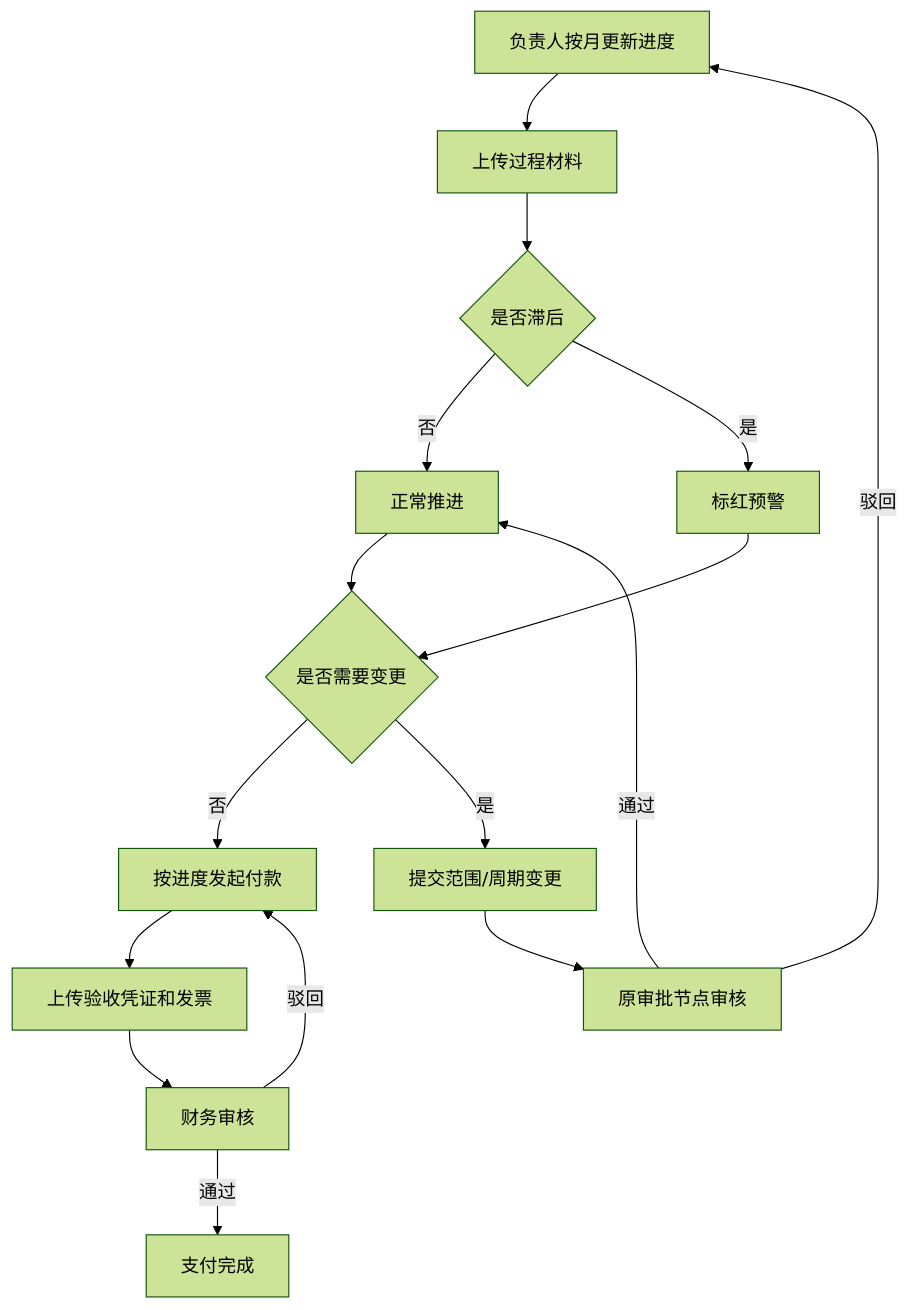
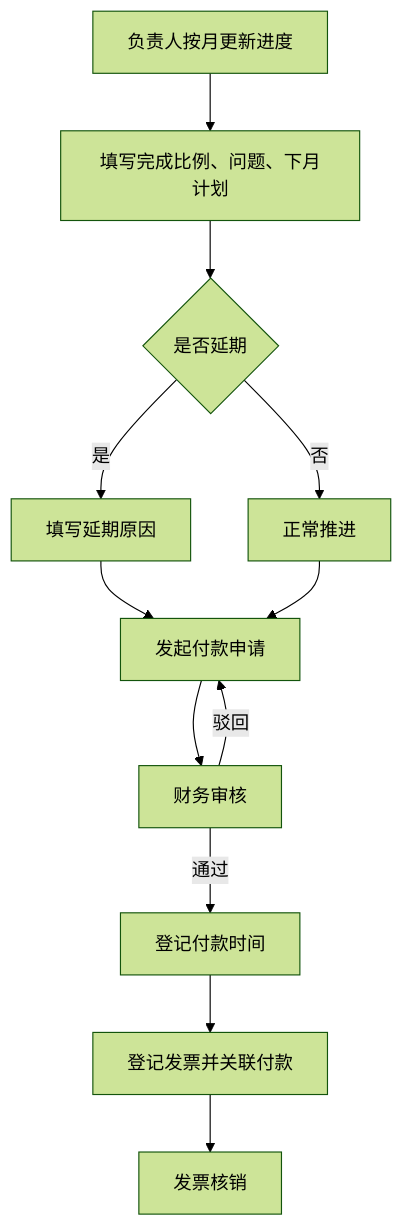
One commit to Jess-0411/github.io changed the fourth of 7 diagrams in 业务流程与架构图.md. Above: the diagram before and after it, drawn with Mermaid (forest theme). The commit also changed other lines of this file and 6 other files, not shown here.

````diff
--- a/业务流程与架构图.md
+++ b/业务流程与架构图.md
@@ -76,18 +52,14 @@
 ```mermaid
 flowchart TD
-  A["负责人按月更新进度"] --> B["上传过程材料"]
-  B --> C{"是否滞后"}
-  C -->|否| D["正常推进"]
-  C -->|是| E["标红预警"]
-  D --> F{"是否需要变更"}
+  A["负责人按月更新进度"] --> B["填写完成比例、问题、下月计划"]
+  B --> C{"是否延期"}
+  C -->|是| D["填写延期原因"]
+  C -->|否| E["正常推进"]
+  D --> F["发起付款申请"]
   E --> F
-  F -->|否| G["按进度发起付款"]
-  F -->|是| H["提交范围/周期变更"]
-  H --> I["原审批节点审核"]
-  I -->|通过| D
-  I -->|驳回| A
-  G --> J["上传验收凭证和发票"]
-  J --> K["财务审核"]
-  K -->|通过| L["支付完成"]
-  K -->|驳回| G
+  F --> G["财务审核"]
+  G -->|通过| H["登记付款时间"]
+  G -->|驳回| F
+  H --> I["登记发票并关联付款"]
+  I --> J["发票核销"]
 ```
````
